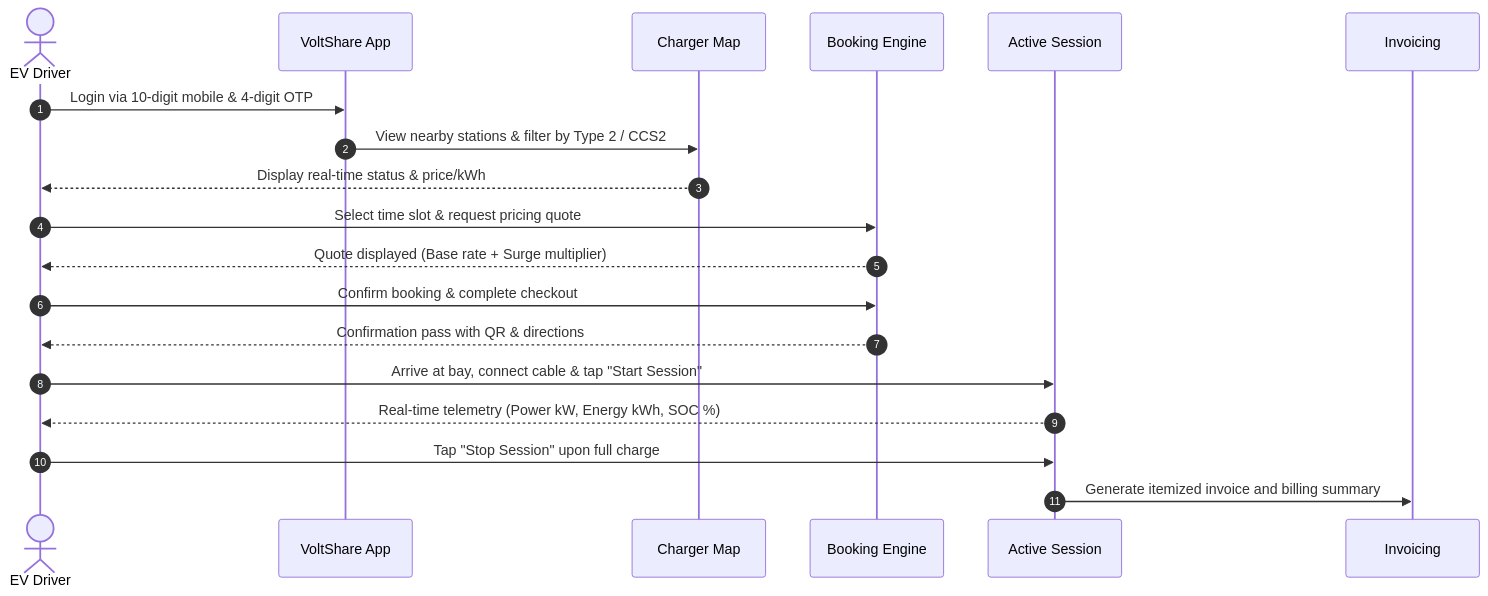
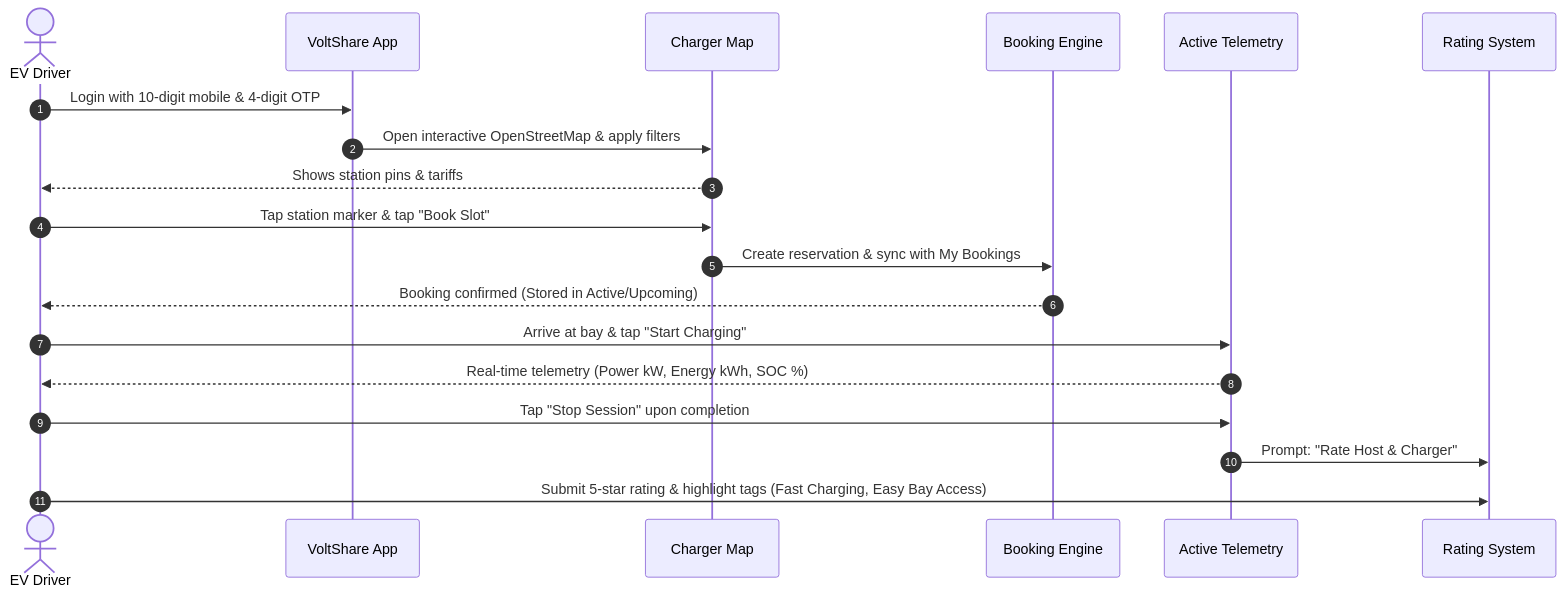
Before and after one commit to jahnavireddy18/Voltshare: the first of 4 diagrams in README.md, drawn with Mermaid. The commit also changed other lines of this file, not shown here.

Commit message:
docs: prize-winning README with zero-friction demo login guide & feature matrix

````diff
--- a/README.md
+++ b/README.md
@@ -122,22 +114,22 @@
 ```mermaid
 sequenceDiagram
     autonumber
     actor Driver as EV Driver
     participant App as VoltShare App
     participant Discovery as Charger Map
     participant Booking as Booking Engine
-    participant Session as Active Session
-    participant Receipt as Invoicing
+    participant Session as Active Telemetry
+    participant Review as Rating System
 
-    Driver->>App: Login via 10-digit mobile & 4-digit OTP
-    App->>Discovery: View nearby stations & filter by Type 2 / CCS2
-    Discovery-->>Driver: Display real-time status & price/kWh
-    Driver->>Booking: Select time slot & request pricing quote
-    Booking-->>Driver: Quote displayed (Base rate + Surge multiplier)
-    Driver->>Booking: Confirm booking & complete checkout
-    Booking-->>Driver: Confirmation pass with QR & directions
-    Driver->>Session: Arrive at bay, connect cable & tap "Start Session"
+    Driver->>App: Login with 10-digit mobile & 4-digit OTP
+    App->>Discovery: Open interactive OpenStreetMap & apply filters
+    Discovery-->>Driver: Shows station pins & tariffs
+    Driver->>Discovery: Tap station marker & tap "Book Slot"
+    Discovery->>Booking: Create reservation & sync with My Bookings
+    Booking-->>Driver: Booking confirmed (Stored in Active/Upcoming)
+    Driver->>Session: Arrive at bay & tap "Start Charging"
     Session-->>Driver: Real-time telemetry (Power kW, Energy kWh, SOC %)
-    Driver->>Session: Tap "Stop Session" upon full charge
-    Session->>Receipt: Generate itemized invoice and billing summary
+    Driver->>Session: Tap "Stop Session" upon completion
+    Session->>Review: Prompt: "Rate Host & Charger"
+    Driver->>Review: Submit 5-star rating & highlight tags (Fast Charging, Easy Bay Access)
 ```
````
